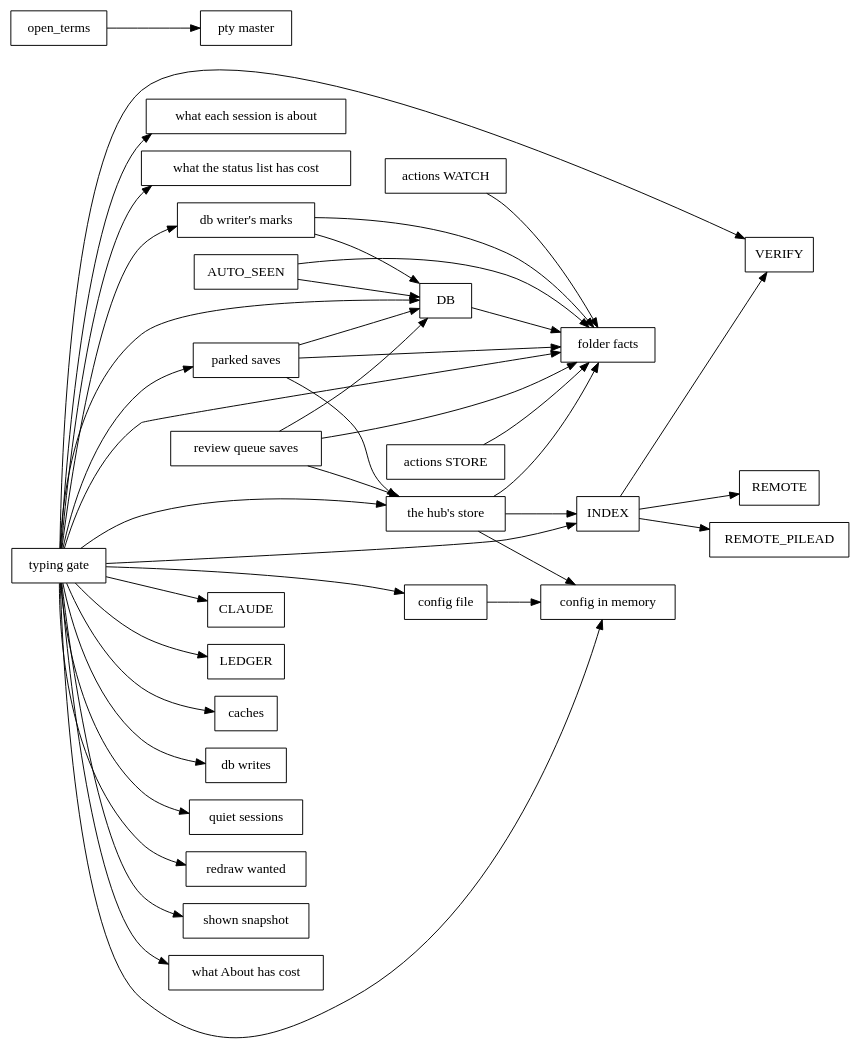
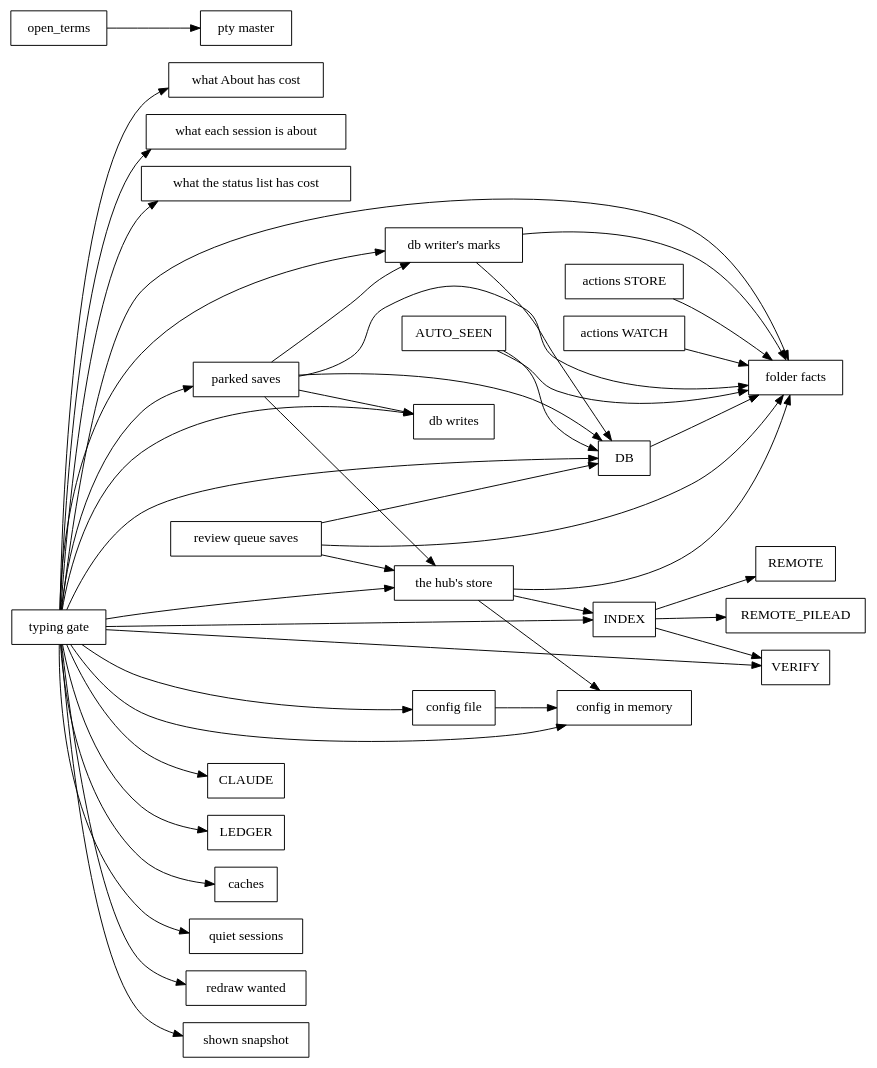
Before and after one commit to spacegrowth/cue: the diagram in docs/dev/lock-graph.dot, drawn with Graphviz. The commit also changed 5 other files, not shown here.

First line of the commit message:
Parked records are saved by the database writer, not on the draw's thread

```diff
--- a/docs/dev/lock-graph.dot
+++ b/docs/dev/lock-graph.dot
@@ -1,45 +1,47 @@
 // Generated by `cargo run -p xtask -- inventory`; don't edit by hand.
 digraph locks {
   rankdir=LR;
   node [shape=box];
   "AUTO_SEEN" -> "DB";
   "AUTO_SEEN" -> "folder facts";
   "DB" -> "folder facts";
   "INDEX" -> "REMOTE";
   "INDEX" -> "REMOTE_PILEAD";
   "INDEX" -> "VERIFY";
   "actions STORE" -> "folder facts";
   "actions WATCH" -> "folder facts";
   "config file" -> "config in memory";
   "db writer's marks" -> "DB";
   "db writer's marks" -> "folder facts";
   "open_terms" -> "pty master";
   "parked saves" -> "DB";
+  "parked saves" -> "db writer's marks";
+  "parked saves" -> "db writes";
   "parked saves" -> "folder facts";
   "parked saves" -> "the hub's store";
   "review queue saves" -> "DB";
   "review queue saves" -> "folder facts";
   "review queue saves" -> "the hub's store";
   "the hub's store" -> "INDEX";
   "the hub's store" -> "config in memory";
   "the hub's store" -> "folder facts";
   "typing gate" -> "CLAUDE";
   "typing gate" -> "DB";
   "typing gate" -> "INDEX";
   "typing gate" -> "LEDGER";
   "typing gate" -> "VERIFY";
   "typing gate" -> "caches";
   "typing gate" -> "config file";
   "typing gate" -> "config in memory";
   "typing gate" -> "db writer's marks";
   "typing gate" -> "db writes";
   "typing gate" -> "folder facts";
   "typing gate" -> "parked saves";
   "typing gate" -> "quiet sessions";
   "typing gate" -> "redraw wanted";
   "typing gate" -> "shown snapshot";
   "typing gate" -> "the hub's store";
   "typing gate" -> "what About has cost";
   "typing gate" -> "what each session is about";
   "typing gate" -> "what the status list has cost";
 }
```
